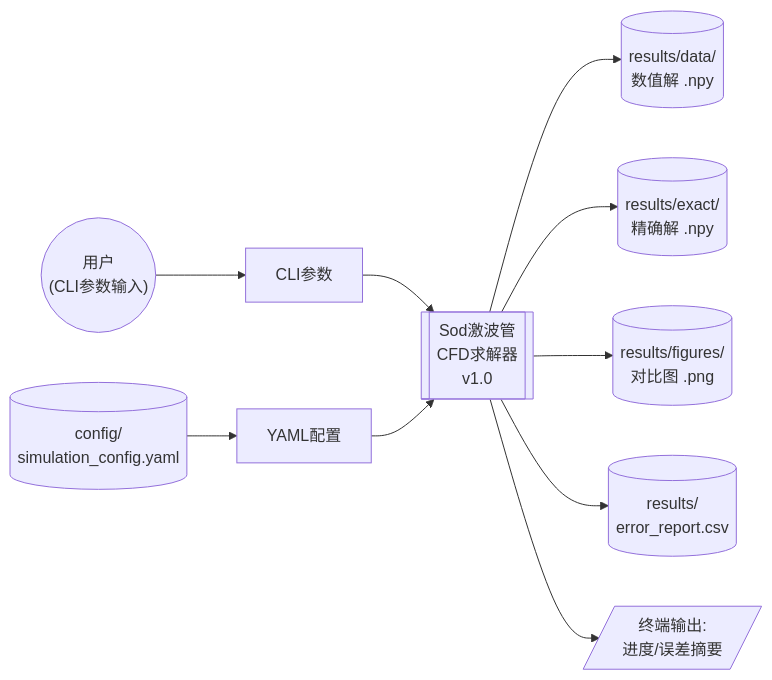
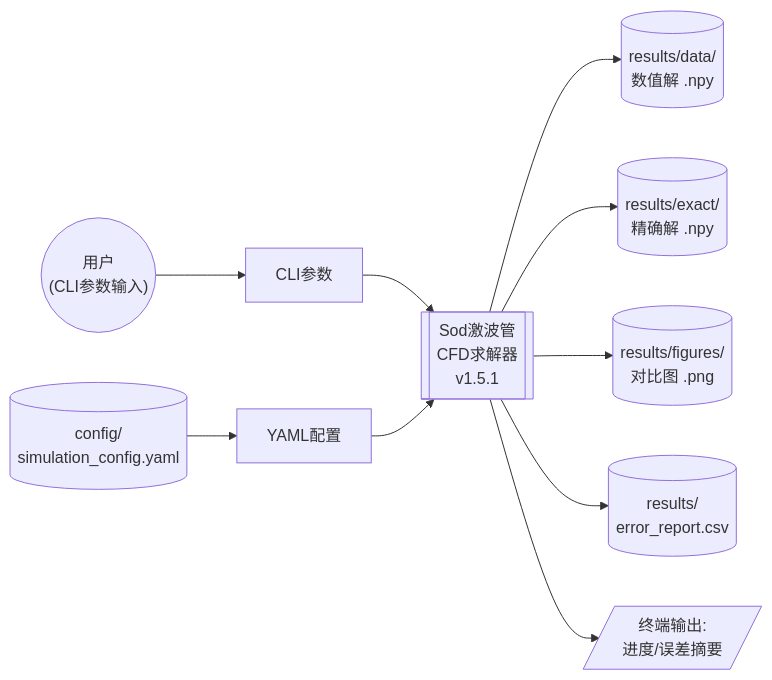
One commit to 050610lzl/sod-shocktube-cfd changed the fourth of 6 diagrams in docs/01_planning/01_workflow_diagram.md. Above: the diagram before and after it, drawn with Mermaid. The commit also changed other lines of this file and 20 other files, not shown here.

````diff
--- a/docs/01_planning/01_workflow_diagram.md
+++ b/docs/01_planning/01_workflow_diagram.md
@@ -207,14 +207,14 @@
 ```mermaid
 flowchart LR
     User(("用户<br/>(CLI参数输入)")) --> CLI[CLI参数]
     YAML[("config/<br/>simulation_config.yaml")] --> Config[YAML配置]
 
-    CLI & Config --> System[[Sod激波管<br/>CFD求解器<br/>v1.0]]
+    CLI & Config --> System[[Sod激波管<br/>CFD求解器<br/>v1.5.1]]
 
     System --> DataOut[("results/data/<br/>数值解 .npy")]
     System --> ExactOut[("results/exact/<br/>精确解 .npy")]
     System --> FigOut[("results/figures/<br/>对比图 .png")]
     System --> ReportOut[("results/<br/>error_report.csv")]
 
     System --> Terminal[/"终端输出:<br/>进度/误差摘要"/]
 ```
````
